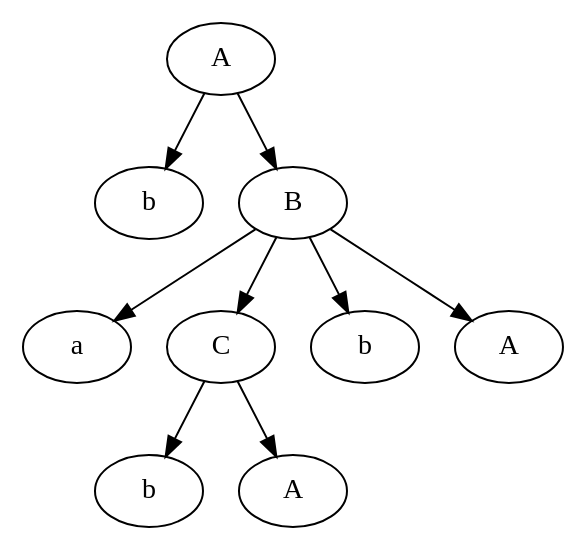
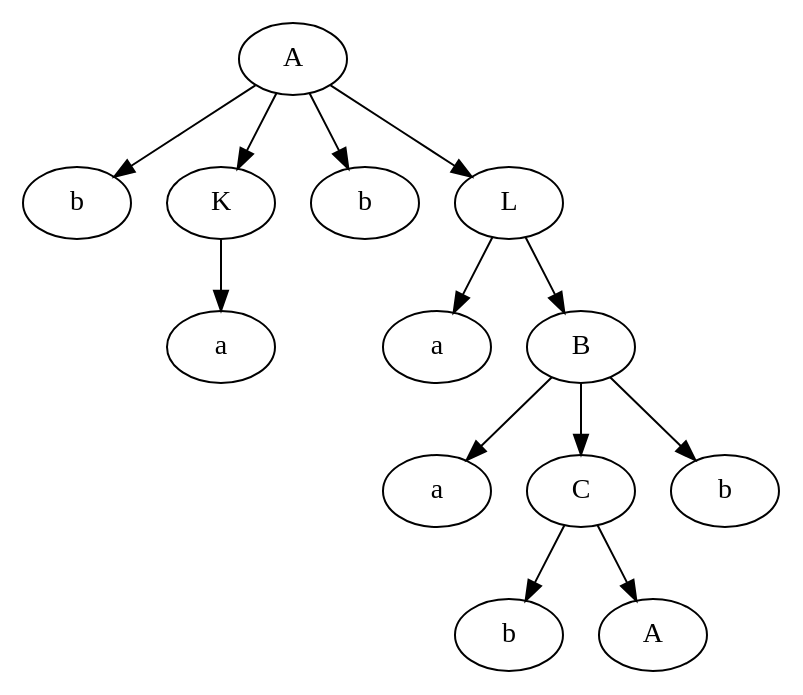
Before and after one commit to Barashkov-GO/tfl_lab3: the diagram in results/test5_A.gv, drawn with Graphviz. The commit also changed 8 other files, not shown here.

```diff
--- a/results/test5_A.gv
+++ b/results/test5_A.gv
@@ -1,20 +1,28 @@
 digraph G {
 	0[label="A"]
 	1[label="b"]
-	8[label="B"]
+	3[label="K"]
 	2[label="a"]
-	5[label="C"]
-	3[label="b"]
-	4[label="A"]
-	5->3
-	5->4
-	6[label="b"]
-	7[label="A"]
-	8->2
-	8->5
-	8->6
-	8->7
+	3->2
+	4[label="b"]
+	12[label="L"]
+	5[label="a"]
+	11[label="B"]
+	6[label="a"]
+	9[label="C"]
+	7[label="b"]
+	8[label="A"]
+	9->7
+	9->8
+	10[label="b"]
+	11->6
+	11->9
+	11->10
+	12->5
+	12->11
 	0->1
-	0->8
+	0->3
+	0->4
+	0->12
 
 }
```
